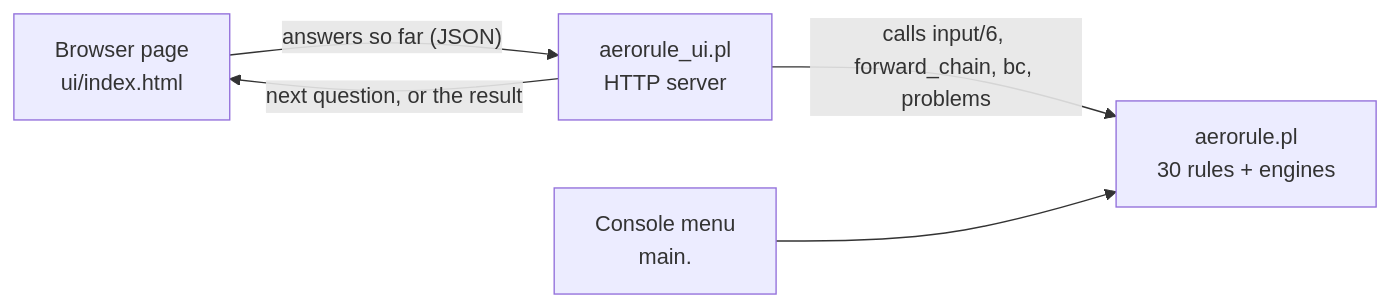
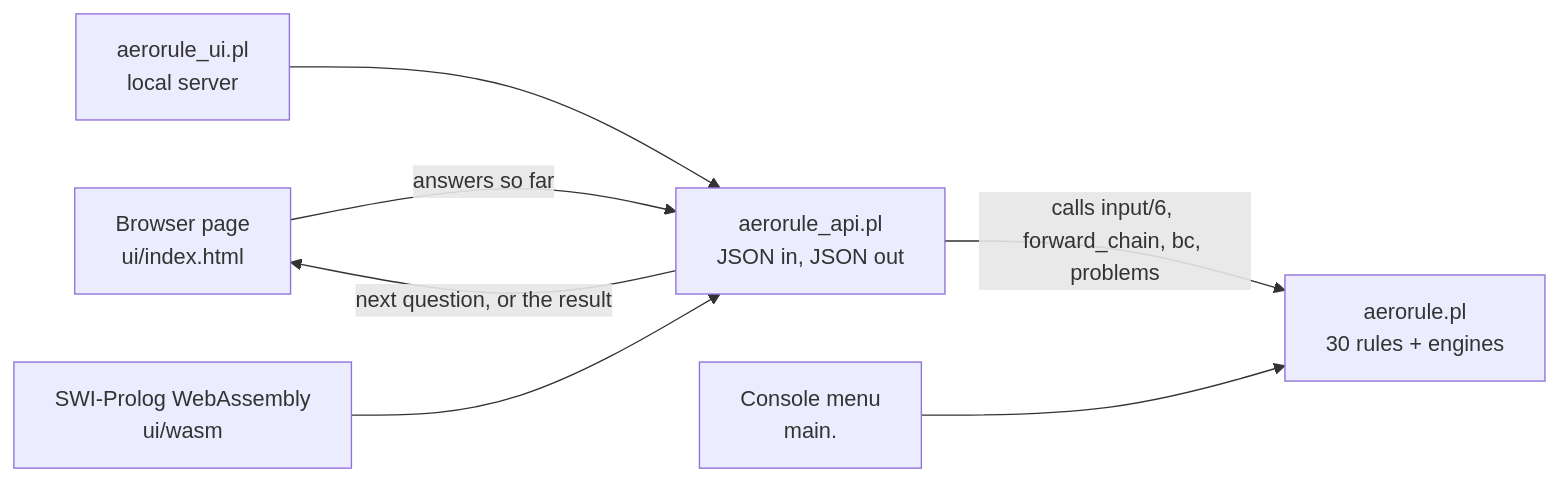
The diagram in README.md (ThaminduNirmal/aerorule-expert-system), drawn with Mermaid before and after one commit. The commit also changed other lines of this file, not shown here.

````diff
--- a/README.md
+++ b/README.md
@@ -142,7 +153,9 @@
 ```mermaid
 flowchart LR
-    B["Browser page<br/>ui/index.html"] -- "answers so far (JSON)" --> S["aerorule_ui.pl<br/>HTTP server"]
-    S -- "next question, or the result" --> B
-    S -- "calls input/6, forward_chain, bc, problems" --> E["aerorule.pl<br/>30 rules + engines"]
+    B["Browser page<br/>ui/index.html"] -- "answers so far" --> A["aerorule_api.pl<br/>JSON in, JSON out"]
+    A -- "next question, or the result" --> B
+    A -- "calls input/6, forward_chain, bc, problems" --> E["aerorule.pl<br/>30 rules + engines"]
+    S["aerorule_ui.pl<br/>local server"] --> A
+    W["SWI-Prolog WebAssembly<br/>ui/wasm"] --> A
     C["Console menu<br/>main."] --> E
 ```
````
